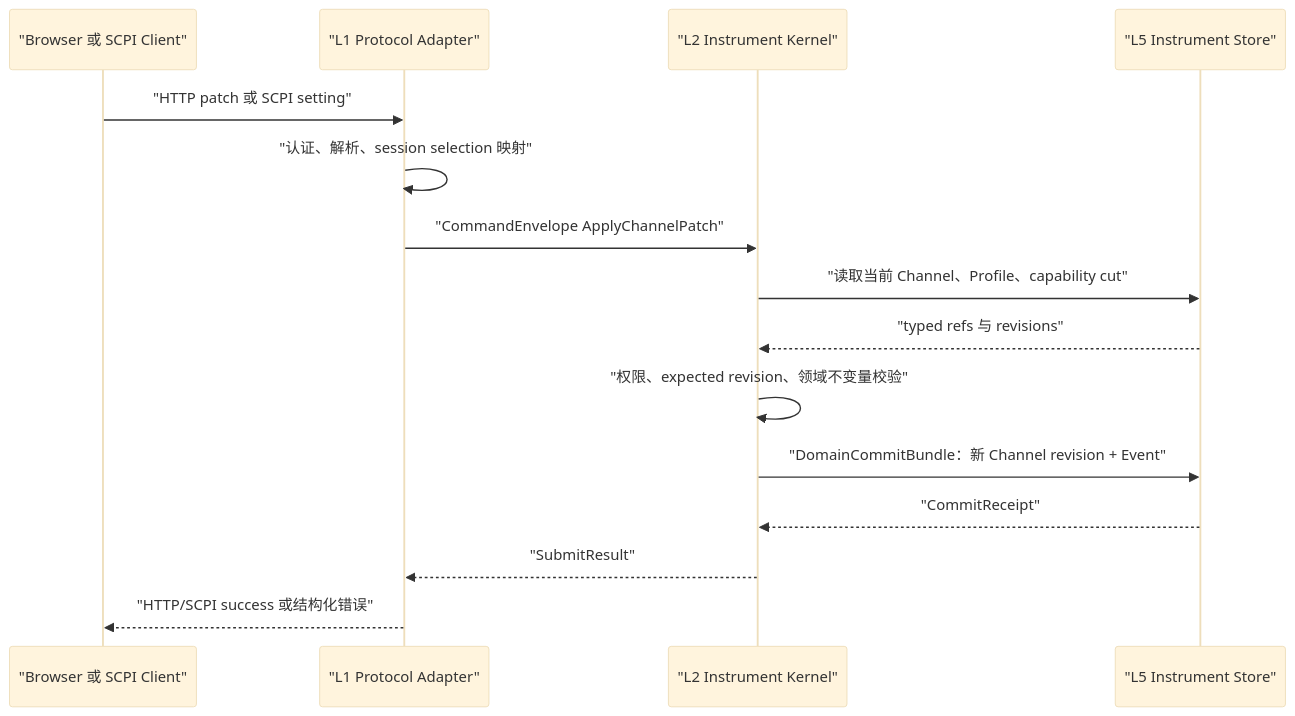
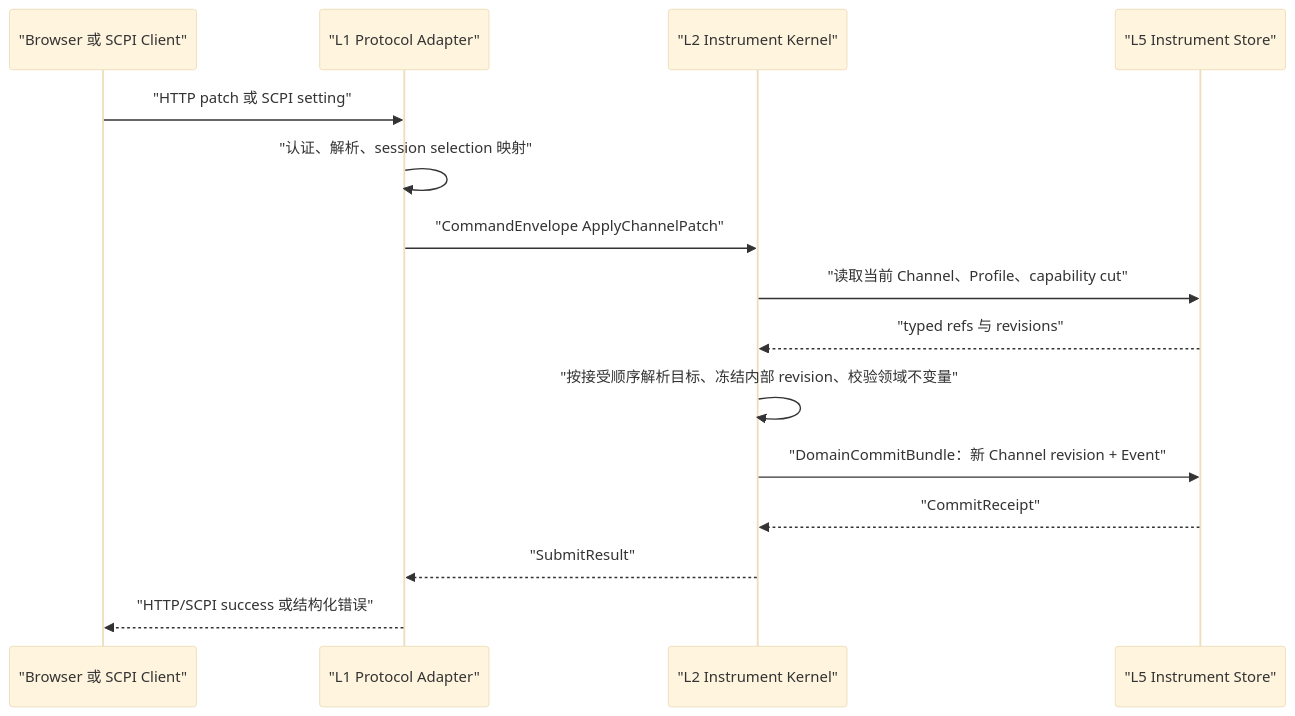
The second of 5 diagrams in docs/design/layered-architecture.md (aniping/VNA), drawn with Mermaid (base theme) before and after one commit. The commit also changed 13 other files, not shown here.

````diff
--- a/docs/design/layered-architecture.md
+++ b/docs/design/layered-architecture.md
@@ -165,18 +165,18 @@
 ```mermaid
 sequenceDiagram
     participant Client as "Browser 或 SCPI Client"
     participant Protocol as "L1 Protocol Adapter"
     participant Kernel as "L2 Instrument Kernel"
     participant Store as "L5 Instrument Store"
 
     Client->>Protocol: "HTTP patch 或 SCPI setting"
     Protocol->>Protocol: "认证、解析、session selection 映射"
     Protocol->>Kernel: "CommandEnvelope ApplyChannelPatch"
     Kernel->>Store: "读取当前 Channel、Profile、capability cut"
     Store-->>Kernel: "typed refs 与 revisions"
-    Kernel->>Kernel: "权限、expected revision、领域不变量校验"
+    Kernel->>Kernel: "按接受顺序解析目标、冻结内部 revision、校验领域不变量"
     Kernel->>Store: "DomainCommitBundle：新 Channel revision + Event"
     Store-->>Kernel: "CommitReceipt"
     Kernel-->>Protocol: "SubmitResult"
     Protocol-->>Client: "HTTP/SCPI success 或结构化错误"
 ```
````
